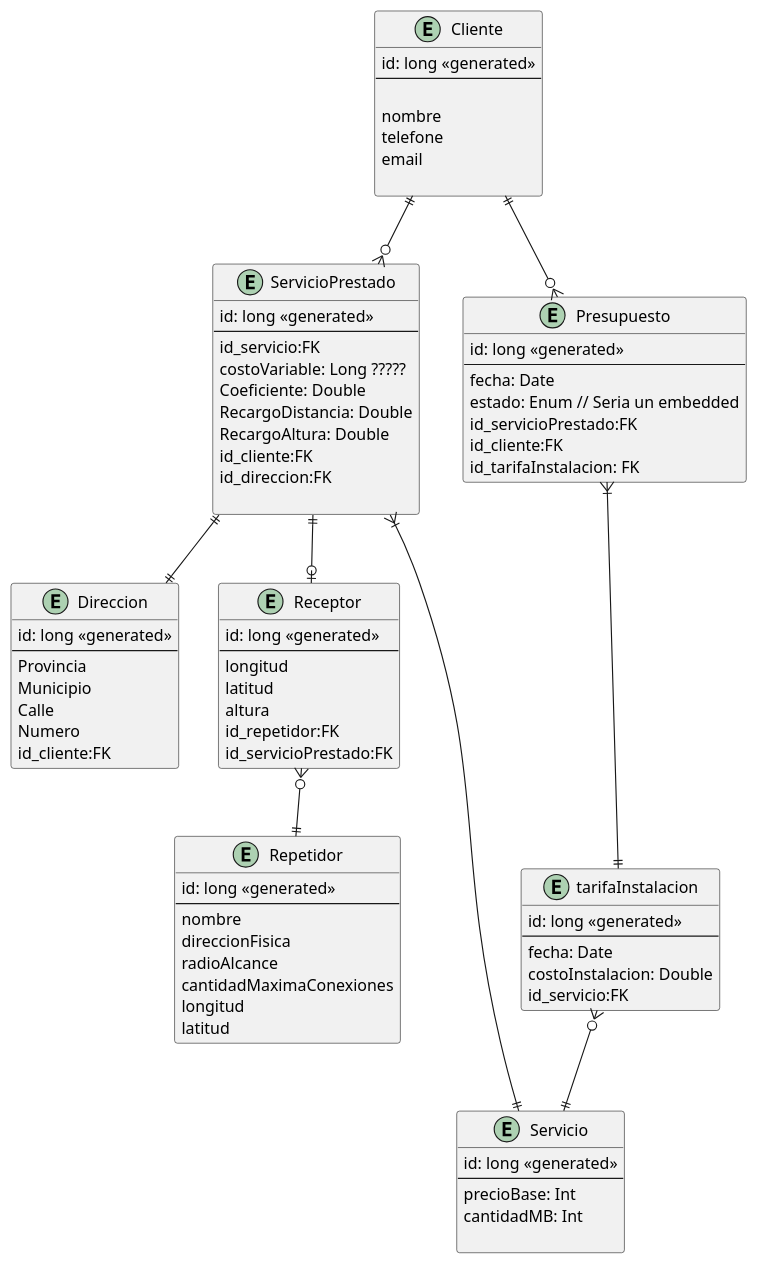
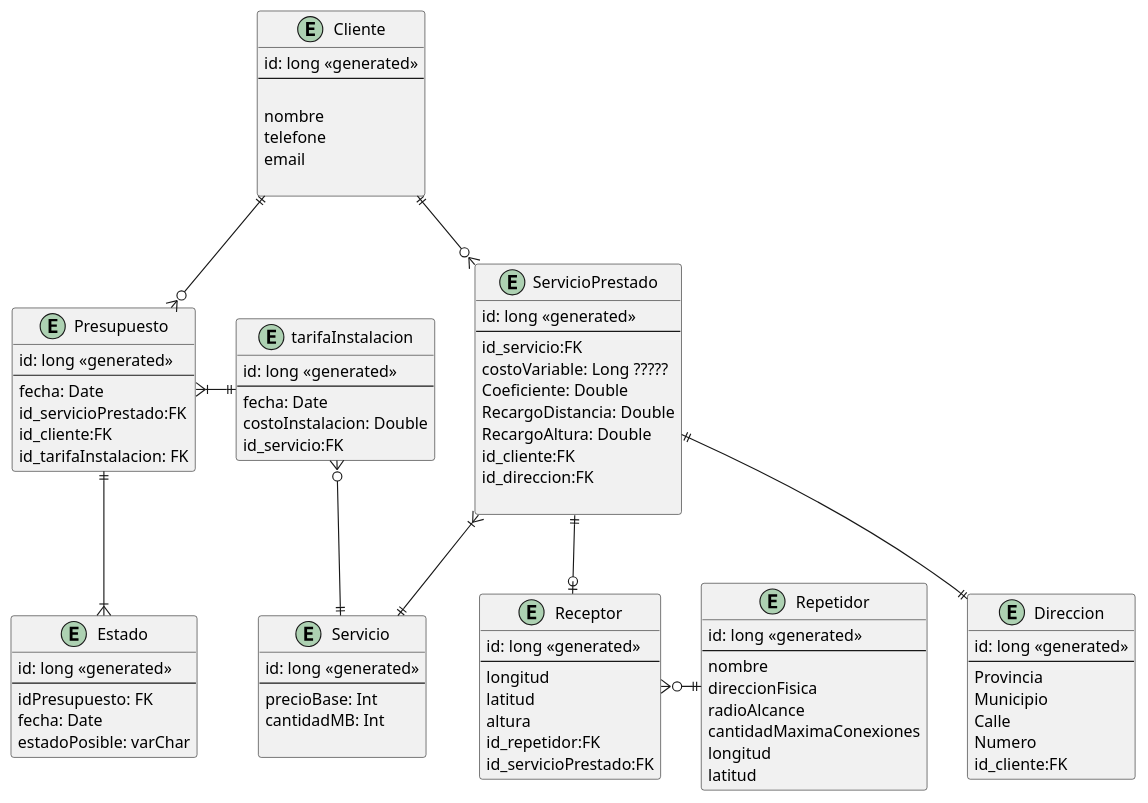
Before and after one commit to GianfrancoRiccelli/Tp-PracticaDeModelado: the diagram in diagrama.wsd, drawn with PlantUML.

```diff
--- a/diagrama.wsd
+++ b/diagrama.wsd
@@ -1,139 +1,103 @@
 @startuml diagrama
 
 entity "Cliente" as eCliente{
     id: long <<generated>>
     --
 
     nombre 
     telefone
     email
     
 }
 
 entity "Direccion" as eDireccion{
     id: long <<generated>>
     --
     Provincia
     Municipio
     Calle
     Numero
     id_cliente:FK
 }
 
 
 entity "Receptor" as eReceptor{
     id: long <<generated>>
     --
     longitud
     latitud
     altura
     id_repetidor:FK
     id_servicioPrestado:FK
 }
 
 entity "Repetidor" as eRepetidor{
     id: long <<generated>>
     --
     nombre
     direccionFisica
     radioAlcance
     cantidadMaximaConexiones
     longitud
     latitud
 }
 
 entity "ServicioPrestado"  as eServicioPrestado{
     id: long <<generated>>
     --
     id_servicio:FK     
     costoVariable: Long ?????
     Coeficiente: Double
     RecargoDistancia: Double
     RecargoAltura: Double
     id_cliente:FK
     id_direccion:FK
     
 }
 
 entity "Servicio" as eServicio{
     id: long <<generated>>
     --
     precioBase: Int
     cantidadMB: Int 
    
 }
 
 entity "tarifaInstalacion" as eTarifaInstalacion{
     id: long <<generated>>
     --
     fecha: Date
     costoInstalacion: Double
     id_servicio:FK
 }
 
 entity "Presupuesto" as ePresupuesto{
     id: long <<generated>>
     --
     fecha: Date
-    estado: Enum // Seria un embedded 
     id_servicioPrestado:FK
     id_cliente:FK
     id_tarifaInstalacion: FK
 }
 
+entity "Estado" as eEstado{
+    id: long <<generated>>
+    --
+    idPresupuesto: FK
+    fecha: Date
+    estadoPosible: varChar
+}
 
-ePresupuesto }|---|| eTarifaInstalacion
-eServicioPrestado }|---||eServicio
-eReceptor }o--|| eRepetidor
+
+ePresupuesto }|-|| eTarifaInstalacion
+eServicioPrestado }|-||eServicio
+eReceptor }o-|| eRepetidor
 eTarifaInstalacion }o--|| eServicio
 eCliente ||--o{ eServicioPrestado
 eCliente ||--o{ ePresupuesto
 eServicioPrestado ||--|| eDireccion
 eServicioPrestado ||--o| eReceptor 
-
-' Contexto general
-' Una cooperativa dedicada a la instalación y distribución de servicio de internet en zonas
-' rurales nos solicitó diseñar un sistema que le permita optimizar sus recursos en su negocio.
-' Para poder brindar un mejor servicio y poder presupuestar correctamente, esta organización
-' necesita verificar la geoposición específica donde se colocará el dispositivo receptor de cada
-' cliente. Para ello, en base al punto establecido (latitud y longitud), se debe calcular la altura máxima de la
-' edificación encontrada en el lugar. Actualmente esta medición es realizada de forma manual por un equipo
-' técnico. Este proceso demanda mucho tiempo y recursos por motivos de distancia, cuestiones climáticas,
-' entre otros. Una de las necesidades que debe satisfacer el Sistema es poder obtener la altura máxima en
-' base a la latitud y longitud, datos que son proporcionados por el futuro cliente a un operador de la
-' cooperativa.
-' Parte I - Servicios
-' Por el momento, la Cooperativa brinda solamente 3 tipos de servicios: 5 Mbps (simétrico1
-
-' ), 10 Mbps
-
-' (asimétrico) y 20 Mbps (simétrico).
-' Cada servicio tiene un precio base y un costo variable por cada cliente. Este costo variable está formado por
-' un coeficiente2 que sirve para calcular el Recargo por distancia y el Recargo por altura, que multiplican al
-' valor del precio base de cada servicio y se suman al mismo.
-' La cooperativa cuenta con un listado de repetidores. Cada repetidor cuenta con una dirección física (MAC),
-' radio de alcance, nombre identificatorio y sus coordenadas (latitud y longitud) correspondientes.
-' Además, se sabe que los repetidores admiten una cantidad máxima de conexiones. Una vez alcanzado el
-' umbral máximo no se deben admitir más conexiones en ese repetidor; por lo que deberá gestionarse la
-' instalación física de otro dispositivo, enviando un email al personal de cuadrilla que se encargará de
-' resolverlo. Una vez instalado, la cuadrilla enviará un email a la oficina con esta información para que pueda
-
-' El Sistema a desarrollar debe contemplar la realización de presupuestos y permitir la trazabilidad de los
-' mismos (activo, vencido, aprobado, rechazado).
-' Por cada servicio, la empresa tiene un cuadro tarifario del costo de instalación que se actualiza
-' bimestralmente.
-' Cada vez que se dé de alta un presupuesto se debe verificar si el cliente o la coordenada ya existe en el
-' Sistema y si ha tenido algún presupuesto rechazado; ya que si para un mismo cliente y coordenada existen
-' más de 3 (tres) presupuestos rechazados, se debe cobrar una suma fija adicional por política de la empresa.
-' Esta suma fija se conoce como Recargo por múltiples Rechazos y se suma al costo de instalación del servicio
-' presupuestado.
-' Asimismo, si el presupuesto pertenece a un cliente que ya tiene al menos 2 servicios contratados, se le debe
-' brindar una bonificación especial en el precio de instalación del 5%.
-' A la hora de emitir el presupuesto, además del costo de instalación, se debe incluir el abono mensual del
-' servicio que se está presupuestando (valor que se calcula en el módulo de Servicios).
-' Cada persona que solicite un presupuesto es registrada como cliente, con su nombre y apellido, número de
-' documento y al menos un medio de contacto (email o teléfono). Cabe mencionar que se deben registrar
-' todas las direcciones (coordenadas) en donde el cliente posea un servicio o haya solicitado la cotización.
+ePresupuesto ||--|{ eEstado
 
 
 @enduml
```
